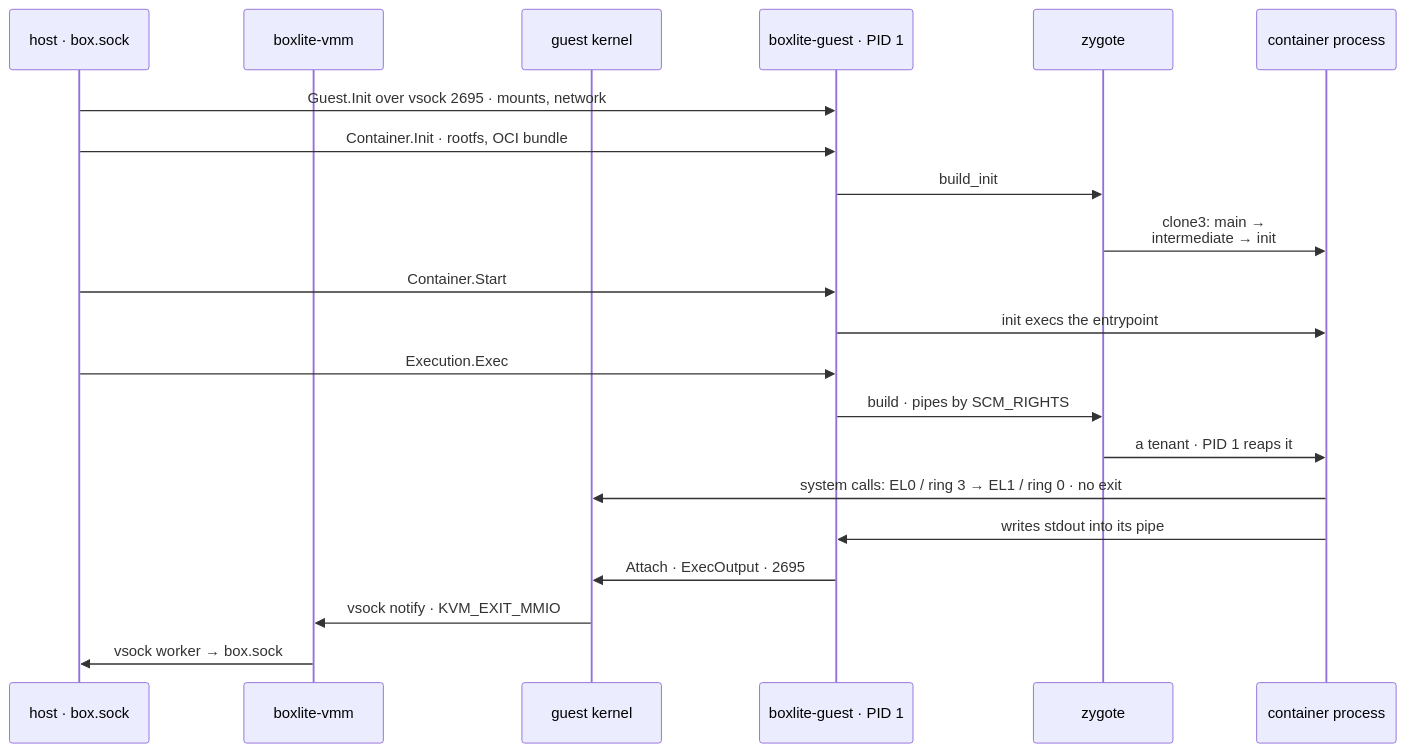
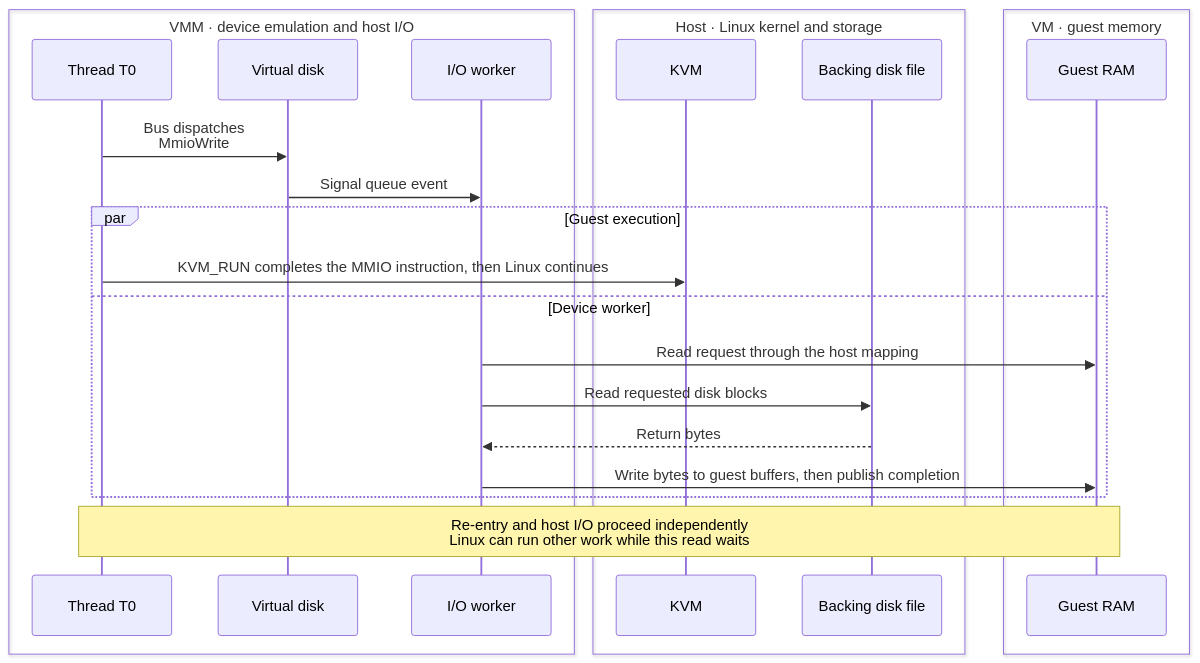
The eighth of 14 diagrams in docs/architecture/vmm/kvm.md (boxlite-ai/boxlite), drawn with Mermaid before and after one commit. The commit also changed other lines of this file and 3 other files, not shown here.

````diff
--- a/docs/architecture/vmm/kvm.md
+++ b/docs/architecture/vmm/kvm.md
@@ -168,37 +237,33 @@
 ```mermaid
 sequenceDiagram
-  participant host as host · box.sock
-  participant vm as boxlite-vmm
-  participant kernel as guest kernel
-  participant init as boxlite-guest · PID 1
-  participant zygote as zygote
-  participant proc as container process
-  %% edge:p_guest_init
-  host->>init: Guest.Init over vsock 2695 · mounts, network
-  %% edge:p_container_init
-  host->>init: Container.Init · rootfs, OCI bundle
-  %% edge:p_build_init
-  init->>zygote: build_init
-  %% edge:p_clone
-  zygote->>proc: clone3: main →<br/>intermediate → init
-  %% edge:p_start
-  host->>init: Container.Start
-  %% edge:p_entry
-  init->>proc: init execs the entrypoint
-  %% edge:p_exec
-  host->>init: Execution.Exec
-  %% edge:p_build
-  init->>zygote: build · pipes by SCM_RIGHTS
-  %% edge:p_tenant
-  zygote->>proc: a tenant · PID 1 reaps it
-  %% edge:p_syscall
-  proc->>kernel: system calls: EL0 / ring 3 → EL1 / ring 0 · no exit
-  %% edge:p_write
-  proc->>init: writes stdout into its pipe
-  %% edge:p_attach
-  init->>kernel: Attach · ExecOutput · 2695
-  %% edge:p_notify
-  kernel->>vm: vsock notify · KVM_EXIT_MMIO
-  %% edge:p_host
-  vm->>host: vsock worker → box.sock
+  box VMM · device emulation and host I/O
+    participant thread0 as Thread T0
+    participant disk as Virtual disk
+    participant worker as I/O worker
+  end
+  box Host · Linux kernel and storage
+    participant host_api as KVM
+    participant disk_file as Backing disk file
+  end
+  box VM · guest memory
+    participant guest_ram as Guest RAM
+  end
+  %% edge:kvm_9_e1
+  thread0->>disk: Bus dispatches<br/>MmioWrite
+  %% edge:kvm_9_e2
+  disk->>worker: Signal queue event
+  par Guest execution
+  %% edge:kvm_9_e3
+    thread0->>host_api: KVM_RUN completes the MMIO instruction, then Linux continues
+  and Device worker
+  %% edge:kvm_9_e4
+    worker->>guest_ram: Read request through the host mapping
+  %% edge:kvm_9_e5
+    worker->>disk_file: Read requested disk blocks
+  %% edge:kvm_9_e6
+    disk_file-->>worker: Return bytes
+  %% edge:kvm_9_e7
+    worker->>guest_ram: Write bytes to guest buffers, then publish completion
+  end
+  Note over thread0,guest_ram: Re-entry and host I/O proceed independently<br/>Linux can run other work while this read waits
 ```
````
